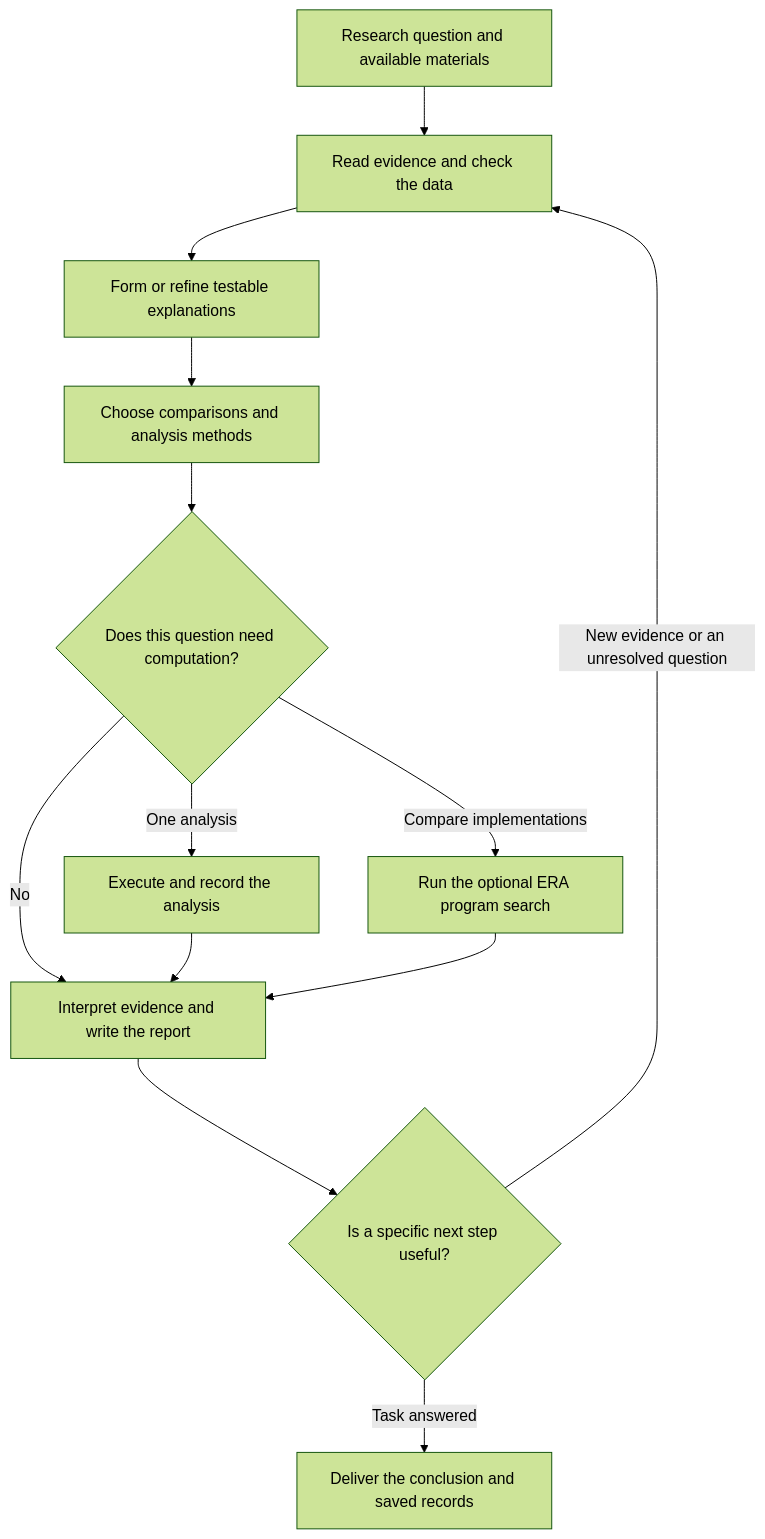
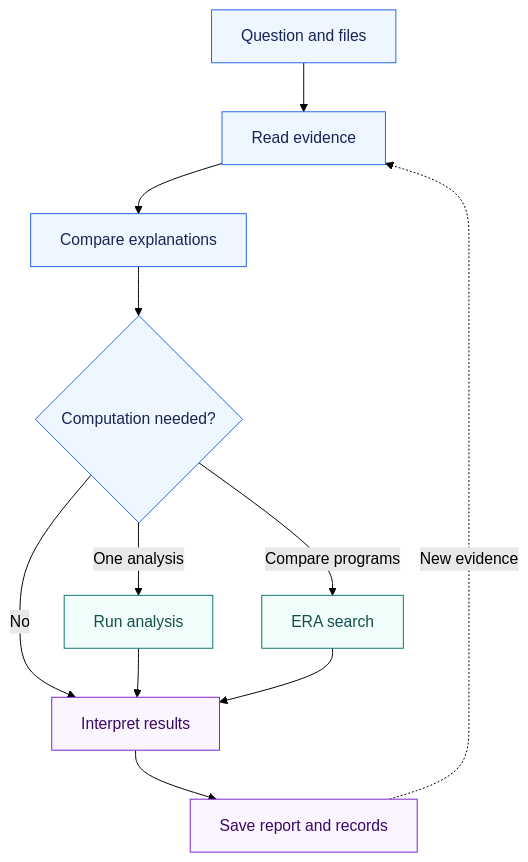
The first of 2 diagrams in README.md (SUAT-ZhangLab/ResearchWeave), drawn with Mermaid (forest theme) before and after one commit. The commit also changed other lines of this file and 1 other file, not shown here.

````diff
--- a/README.md
+++ b/README.md
@@ -283,15 +347,19 @@
 ```mermaid
 flowchart TD
-    A[Research question and available materials] --> B[Read evidence and check the data]
-    B --> C[Form or refine testable explanations]
-    C --> D[Choose comparisons and analysis methods]
-    D --> E{Does this question need computation?}
-    E -->|No| H[Interpret evidence and write the report]
-    E -->|One analysis| F[Execute and record the analysis]
-    E -->|Compare implementations| G[Run the optional ERA program search]
-    F --> H
-    G --> H
-    H --> I{Is a specific next step useful?}
-    I -->|New evidence or an unresolved question| B
-    I -->|Task answered| J[Deliver the conclusion and saved records]
+    A["Question and files"] --> B["Read evidence"]
+    B --> C["Compare explanations"]
+    C --> D{"Computation needed?"}
+    D -->|No| G["Interpret results"]
+    D -->|One analysis| E["Run analysis"]
+    D -->|Compare programs| F["ERA search"]
+    E --> G
+    F --> G
+    G --> H["Save report and records"]
+    H -. New evidence .-> B
+    classDef research fill:#eef6ff,stroke:#2563eb,color:#172554
+    classDef compute fill:#f0fdfa,stroke:#0f766e,color:#134e4a
+    classDef output fill:#faf5ff,stroke:#7e22ce,color:#3b0764
+    class A,B,C,D research
+    class E,F compute
+    class G,H output
 ```
````
